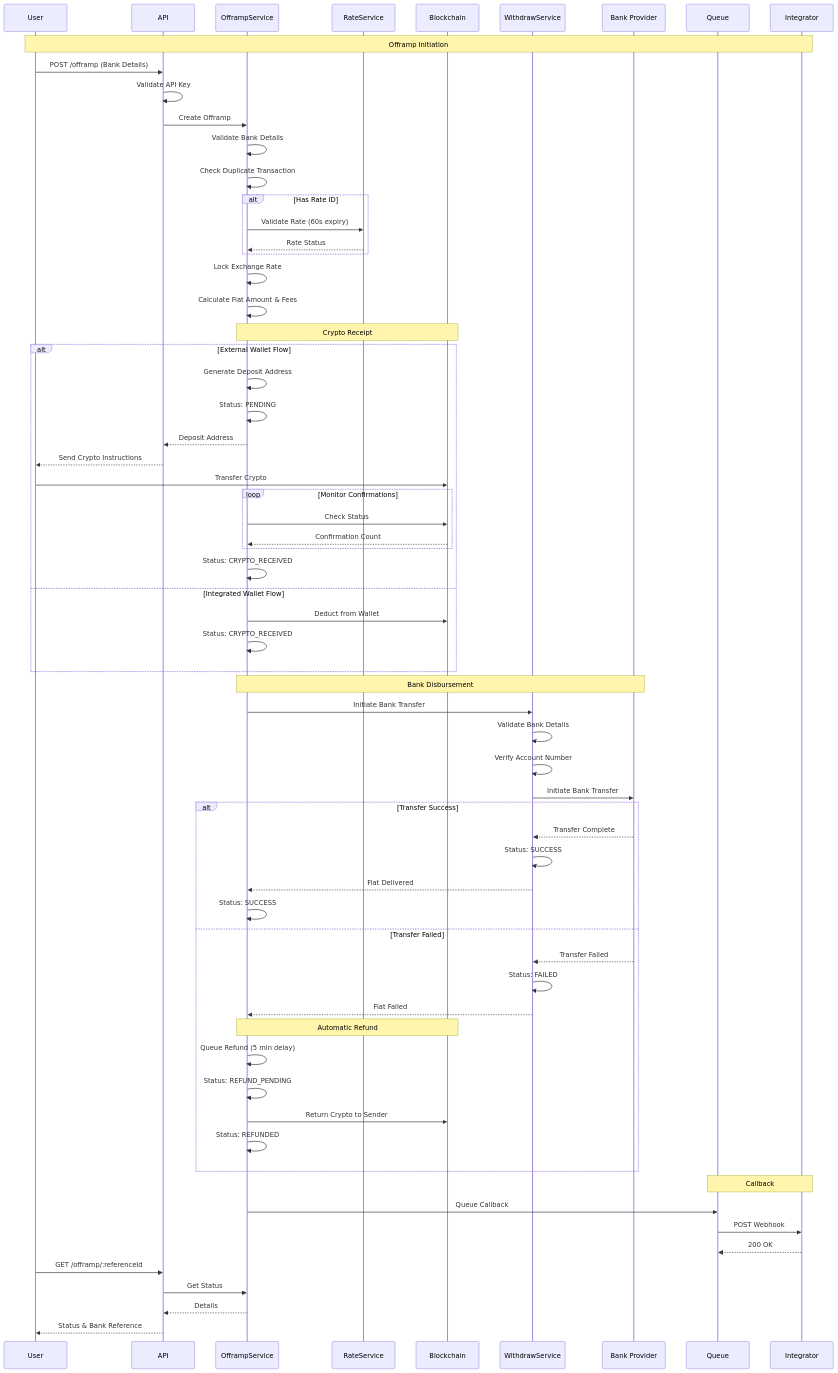
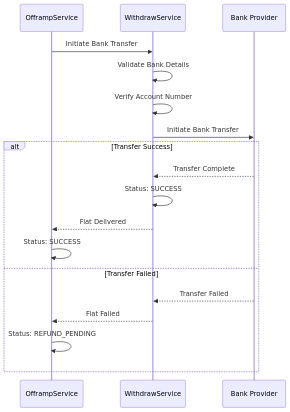
The fifth of 7 diagrams in v3/flows/offramp-flow.mdx (john-muinde/docs), drawn with Mermaid before and after one commit. The commit also changed other lines of this file and 3 other files, not shown here.

First line of the commit message:
Refactor flow documentation for deposit, offramp, onramp, and withdrawal processes

````diff
--- a/v3/flows/offramp-flow.mdx
+++ b/v3/flows/offramp-flow.mdx
@@ -185,55 +128,8 @@
 ```mermaid
 sequenceDiagram
-    participant User
-    participant API
     participant OfframpService
-    participant RateService
-    participant Blockchain
     participant WithdrawService
     participant Provider as Bank Provider
-    participant Queue
-    participant Integrator
-
-    Note over User,Integrator: Offramp Initiation
-
-    User->>API: POST /offramp (Bank Details)
-    API->>API: Validate API Key
-    API->>OfframpService: Create Offramp
-
-    OfframpService->>OfframpService: Validate Bank Details
-    OfframpService->>OfframpService: Check Duplicate Transaction
-
-    alt Has Rate ID
-        OfframpService->>RateService: Validate Rate (60s expiry)
-        RateService-->>OfframpService: Rate Status
-    end
-
-    OfframpService->>OfframpService: Lock Exchange Rate
-    OfframpService->>OfframpService: Calculate Fiat Amount & Fees
-
-    Note over OfframpService,Blockchain: Crypto Receipt
-
-    alt External Wallet Flow
-        OfframpService->>OfframpService: Generate Deposit Address
-        OfframpService->>OfframpService: Status: PENDING
-        OfframpService-->>API: Deposit Address
-        API-->>User: Send Crypto Instructions
-
-        User->>Blockchain: Transfer Crypto
-
-        loop Monitor Confirmations
-            OfframpService->>Blockchain: Check Status
-            Blockchain-->>OfframpService: Confirmation Count
-        end
-
-        OfframpService->>OfframpService: Status: CRYPTO_RECEIVED
-
-    else Integrated Wallet Flow
-        OfframpService->>Blockchain: Deduct from Wallet
-        OfframpService->>OfframpService: Status: CRYPTO_RECEIVED
-    end
-
-    Note over OfframpService,Provider: Bank Disbursement
 
     OfframpService->>WithdrawService: Initiate Bank Transfer
     WithdrawService->>WithdrawService: Validate Bank Details
@@ -245,28 +141,9 @@
         WithdrawService->>WithdrawService: Status: SUCCESS
         WithdrawService-->>OfframpService: Fiat Delivered
         OfframpService->>OfframpService: Status: SUCCESS
-
     else Transfer Failed
         Provider-->>WithdrawService: Transfer Failed
-        WithdrawService->>WithdrawService: Status: FAILED
         WithdrawService-->>OfframpService: Fiat Failed
-
-        Note over OfframpService,Blockchain: Automatic Refund
-
-        OfframpService->>OfframpService: Queue Refund (5 min delay)
         OfframpService->>OfframpService: Status: REFUND_PENDING
-        OfframpService->>Blockchain: Return Crypto to Sender
-        OfframpService->>OfframpService: Status: REFUNDED
     end
-
-    Note over Queue,Integrator: Callback
-
-    OfframpService->>Queue: Queue Callback
-    Queue->>Integrator: POST Webhook
-    Integrator-->>Queue: 200 OK
-
-    User->>API: GET /offramp/:referenceId
-    API->>OfframpService: Get Status
-    OfframpService-->>API: Details
-    API-->>User: Status & Bank Reference
 ```
````
